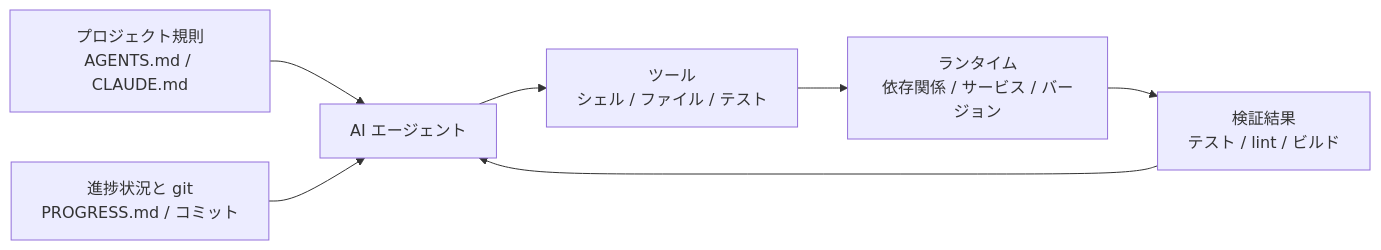
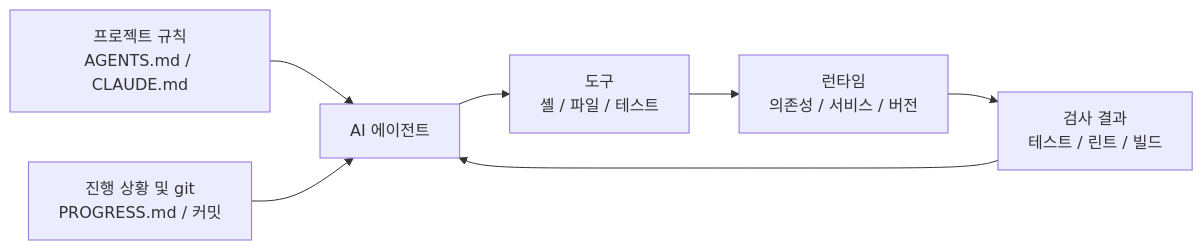
One commit to mkusaka/learn-harness-engineering changed the diagram in docs/ko/lectures/lecture-02-what-a-harness-actually-is/index.md. Above: the diagram before and after it, drawn with Mermaid. The commit also changed other lines of this file and 684 other files, not shown here.

````diff
--- a/docs/ko/lectures/lecture-02-what-a-harness-actually-is/index.md
+++ b/docs/ko/lectures/lecture-02-what-a-harness-actually-is/index.md
@@ -42,9 +42,9 @@
 ```mermaid
 flowchart LR
-    Rules["プロジェクト規則<br/>AGENTS.md / CLAUDE.md"] --> Agent["AI エージェント"]
-    State["進捗状況と git<br/>PROGRESS.md / コミット"] --> Agent
-    Agent --> Tools["ツール<br/>シェル / ファイル / テスト"]
-    Tools --> Env["ランタイム<br/>依存関係 / サービス / バージョン"]
-    Env --> Checks["検証結果<br/>テスト / lint / ビルド"]
+    Rules["프로젝트 규칙<br/>AGENTS.md / CLAUDE.md"] --> Agent["AI 에이전트"]
+    State["진행 상황 및 git<br/>PROGRESS.md / 커밋"] --> Agent
+    Agent --> Tools["도구<br/>셸 / 파일 / 테스트"]
+    Tools --> Env["런타임<br/>의존성 / 서비스 / 버전"]
+    Env --> Checks["검사 결과<br/>테스트 / 린트 / 빌드"]
     Checks --> Agent
 ```
````
